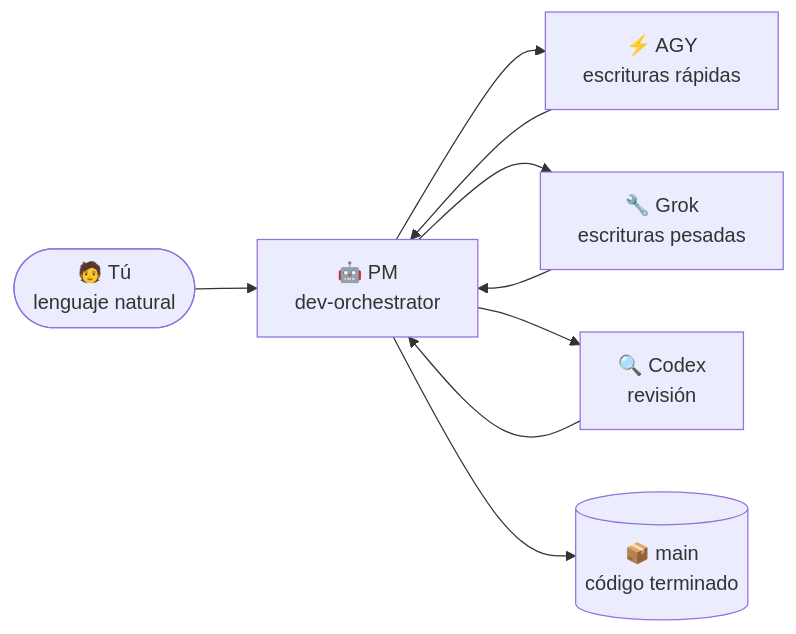
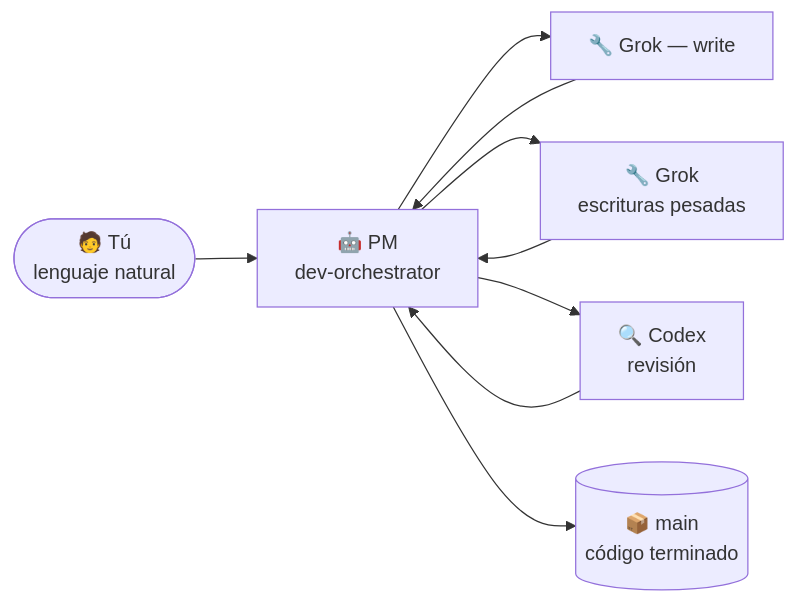
Before and after one commit to VKirill/claude-lane-stack: the diagram in docs/BEGINNER.es.md, drawn with Mermaid. The commit also changed other lines of this file and 57 other files, not shown here.

First line of the commit message:
feat(lanes): Grok-only write + progressive MODE defaults

````diff
--- a/docs/BEGINNER.es.md
+++ b/docs/BEGINNER.es.md
@@ -20,11 +20,11 @@
 ```mermaid
 flowchart LR
     You(["🧑 Tú<br/>lenguaje natural"]) --> PM["🤖 PM<br/>dev-orchestrator"]
-    PM --> W1["⚡ AGY<br/>escrituras rápidas"]
+    PM --> W1["🔧 Grok — write"]
     PM --> W2["🔧 Grok<br/>escrituras pesadas"]
     PM --> W3["🔍 Codex<br/>revisión"]
     W1 --> PM
     W2 --> PM
     W3 --> PM
     PM --> Main[("📦 main<br/>código terminado")]
 ```
````
